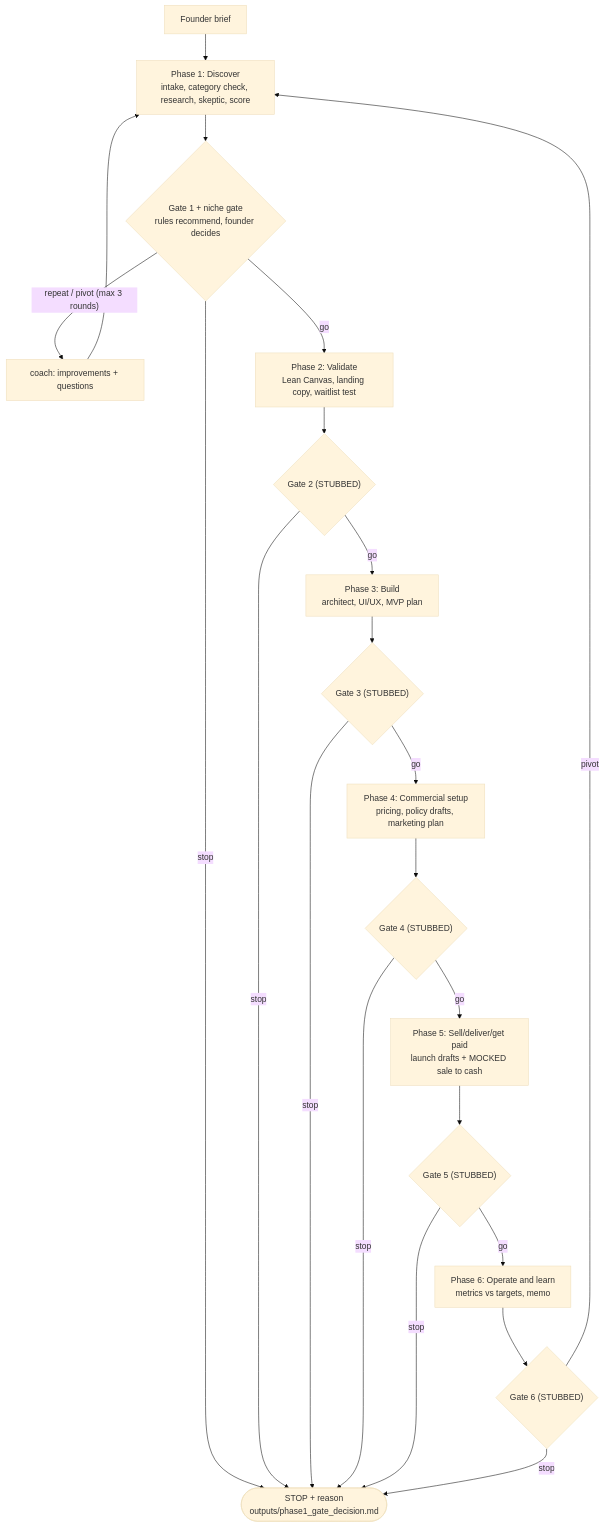
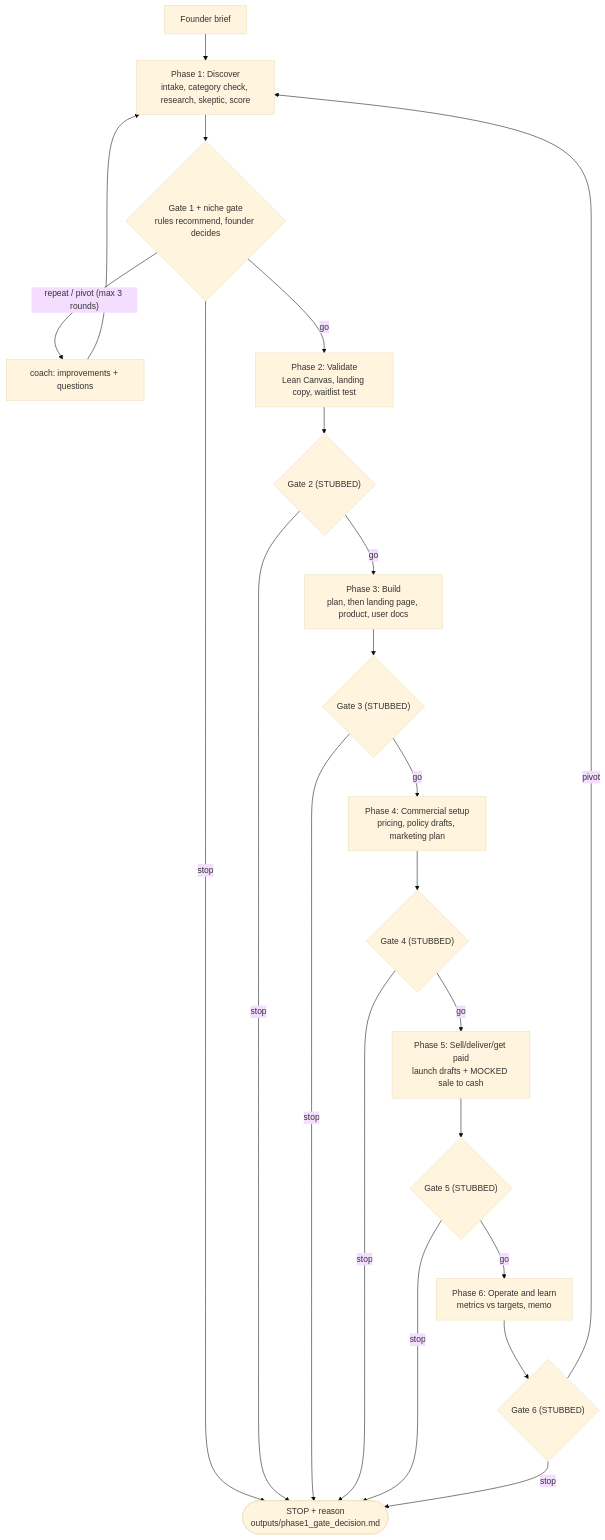
One commit to moazezzat-sudo/agentic-venture-builder changed the first of 4 diagrams in ARCHITECTURE.md. Above: the diagram before and after it, drawn with Mermaid (base theme). The commit also changed other lines of this file and 2 other files, not shown here.

First line of the commit message:
Add Phase 3 build agent: landing page, product and user docs, checked before Gate 3

````diff
--- a/ARCHITECTURE.md
+++ b/ARCHITECTURE.md
@@ -7,19 +7,19 @@
 ```mermaid
 flowchart TD
   B["Founder brief"] --> P1["Phase 1: Discover<br/>intake, category check, research, skeptic, score"]
   P1 --> G1{"Gate 1 + niche gate<br/>rules recommend, founder decides"}
   G1 -- "stop" --> S(["STOP + reason<br/>outputs/phase1_gate_decision.md"])
   G1 -- "repeat / pivot (max 3 rounds)" --> CO["coach: improvements + questions"] --> P1
   G1 -- "go" --> P2["Phase 2: Validate<br/>Lean Canvas, landing copy, waitlist test"]
   P2 --> G2{"Gate 2 (STUBBED)"}
-  G2 -- "go" --> P3["Phase 3: Build<br/>architect, UI/UX, MVP plan"]
+  G2 -- "go" --> P3["Phase 3: Build<br/>plan, then landing page, product, user docs"]
   P3 --> G3{"Gate 3 (STUBBED)"}
   G3 -- "go" --> P4["Phase 4: Commercial setup<br/>pricing, policy drafts, marketing plan"]
   P4 --> G4{"Gate 4 (STUBBED)"}
   G4 -- "go" --> P5["Phase 5: Sell/deliver/get paid<br/>launch drafts + MOCKED sale to cash"]
   P5 --> G5{"Gate 5 (STUBBED)"}
   G5 -- "go" --> P6["Phase 6: Operate and learn<br/>metrics vs targets, memo"]
   P6 --> G6{"Gate 6 (STUBBED)"}
   G6 -- "pivot" --> P1
   G2 & G3 & G4 & G5 & G6 -- "stop" --> S
 ```
````
